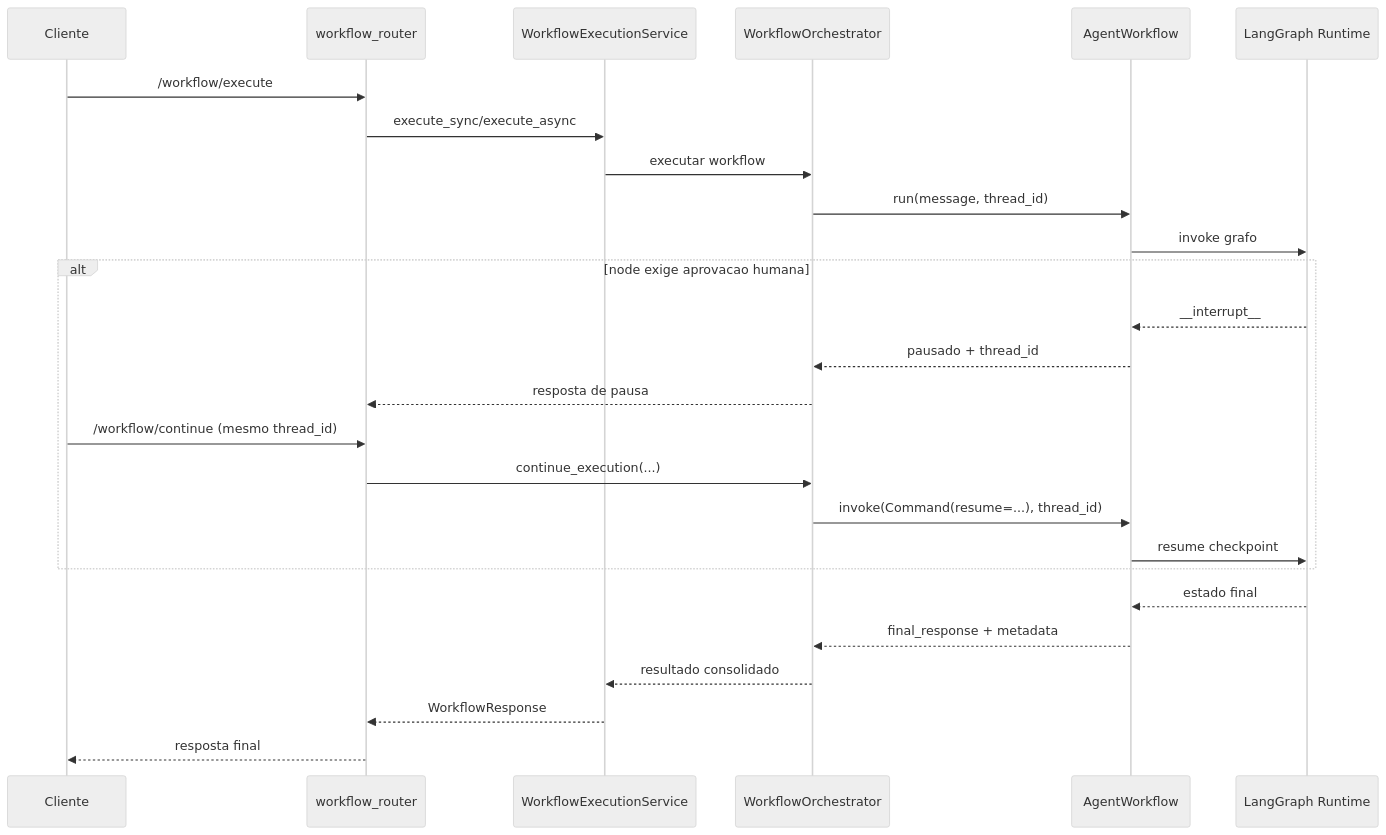
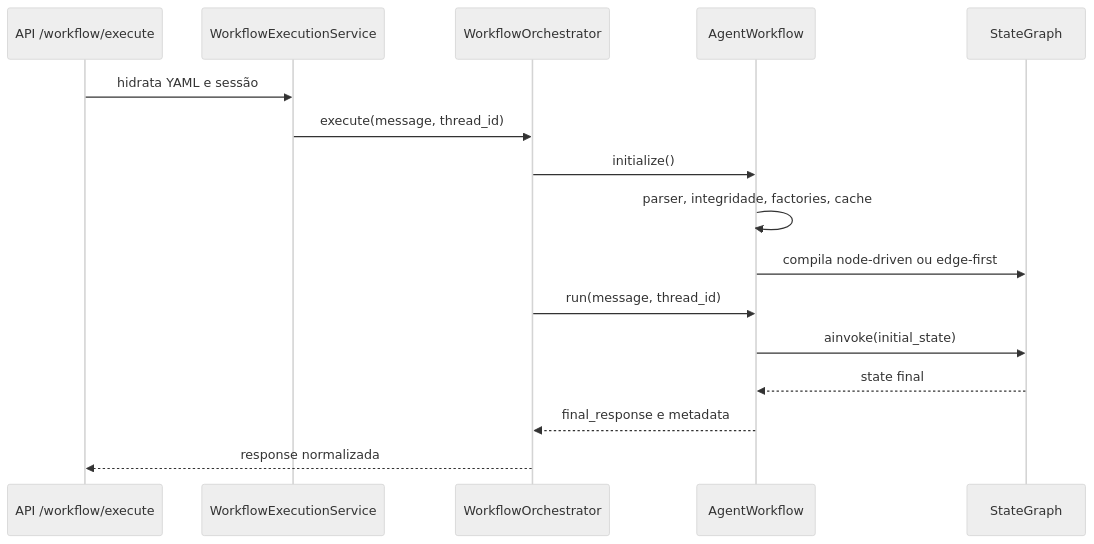
One commit to MEDIUM-FOOD/linx-food-docs changed the diagram in docs/assets/diagrams/docs-readme-agente-workflow-diagrama-02.mmd. Above: the diagram before and after it, drawn with Mermaid (neutral theme). The commit also changed 184 other files, not shown here.

```diff
--- a/docs/assets/diagrams/docs-readme-agente-workflow-diagrama-02.mmd
+++ b/docs/assets/diagrams/docs-readme-agente-workflow-diagrama-02.mmd
@@ -1,29 +1,17 @@
 sequenceDiagram
-  participant U as Cliente
-  participant API as workflow_router
-  participant SVC as WorkflowExecutionService
-  participant ORCH as WorkflowOrchestrator
-  participant AW as AgentWorkflow
-  participant RT as LangGraph Runtime
+    participant API as API /workflow/execute
+    participant Service as WorkflowExecutionService
+    participant Orch as WorkflowOrchestrator
+    participant Runtime as AgentWorkflow
+    participant Graph as StateGraph
 
-  U->>API: /workflow/execute
-  API->>SVC: execute_sync/execute_async
-  SVC->>ORCH: executar workflow
-  ORCH->>AW: run(message, thread_id)
-  AW->>RT: invoke grafo
-
-  alt node exige aprovacao humana
-    RT-->>AW: __interrupt__
-    AW-->>ORCH: pausado + thread_id
-    ORCH-->>API: resposta de pausa
-    U->>API: /workflow/continue (mesmo thread_id)
-    API->>ORCH: continue_execution(...)
-    ORCH->>AW: invoke(Command(resume=...), thread_id)
-    AW->>RT: resume checkpoint
-  end
-
-  RT-->>AW: estado final
-  AW-->>ORCH: final_response + metadata
-  ORCH-->>SVC: resultado consolidado
-  SVC-->>API: WorkflowResponse
-  API-->>U: resposta final
+    API->>Service: hidrata YAML e sessão
+    Service->>Orch: execute(message, thread_id)
+    Orch->>Runtime: initialize()
+    Runtime->>Runtime: parser, integridade, factories, cache
+    Runtime->>Graph: compila node-driven ou edge-first
+    Orch->>Runtime: run(message, thread_id)
+    Runtime->>Graph: ainvoke(initial_state)
+    Graph-->>Runtime: state final
+    Runtime-->>Orch: final_response e metadata
+    Orch-->>API: response normalizada
```
